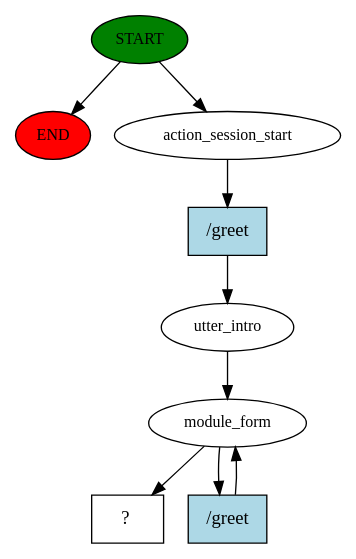
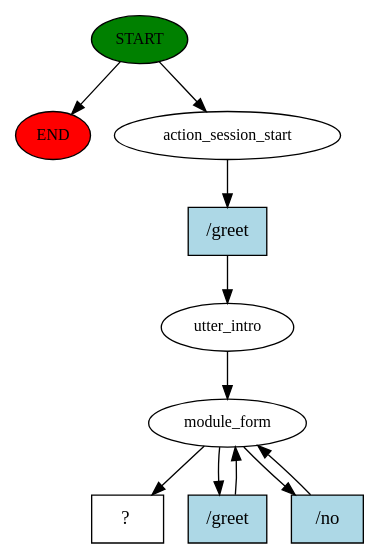
One commit to MathildaSu/InterviewTrainer changed the diagram in story_graph.dot. Above: the diagram before and after it, drawn with Graphviz. The commit also changed 3 other files, not shown here.

```diff
--- a/story_graph.dot
+++ b/story_graph.dot
@@ -1,18 +1,21 @@
 digraph  {
 0 [class="start active", fillcolor=green, fontsize=12, label=START, style=filled];
 "-1" [class=end, fillcolor=red, fontsize=12, label=END, style=filled];
 1 [class=active, fontsize=12, label=action_session_start];
 2 [class=active, fontsize=12, label=utter_intro];
 3 [class=active, fontsize=12, label=module_form];
-5 [class="intent dashed active", label="  ?  ", shape=rect];
-6 [class="intent active", fillcolor=lightblue, label="/greet", shape=rect, style=filled];
-7 [class="intent active", fillcolor=lightblue, label="/greet", shape=rect, style=filled];
+16 [class="intent dashed active", label="  ?  ", shape=rect];
+17 [class="intent active", fillcolor=lightblue, label="/greet", shape=rect, style=filled];
+18 [class="intent active", fillcolor=lightblue, label="/greet", shape=rect, style=filled];
+19 [class="intent active", fillcolor=lightblue, label="/no", shape=rect, style=filled];
 0 -> "-1"  [class="", key=NONE, label=""];
 0 -> 1  [class=active, key=NONE, label=""];
-1 -> 6  [class=active, key=0];
+1 -> 17  [class=active, key=0];
 2 -> 3  [class=active, key=NONE, label=""];
-3 -> 5  [class=active, key=NONE, label=""];
-3 -> 7  [class=active, key=0];
-6 -> 2  [class=active, key=0];
-7 -> 3  [class=active, key=0];
+3 -> 16  [class=active, key=NONE, label=""];
+3 -> 18  [class=active, key=0];
+3 -> 19  [class=active, key=0];
+17 -> 2  [class=active, key=0];
+18 -> 3  [class=active, key=0];
+19 -> 3  [class=active, key=0];
 }
```
